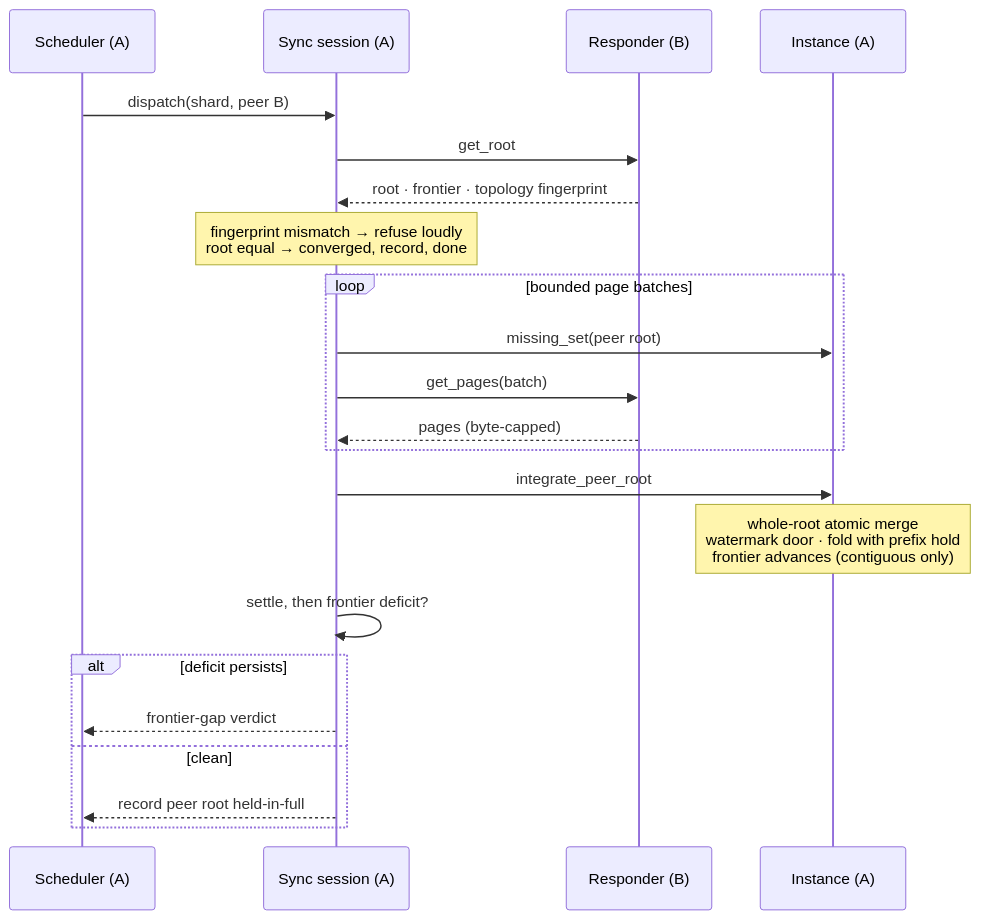
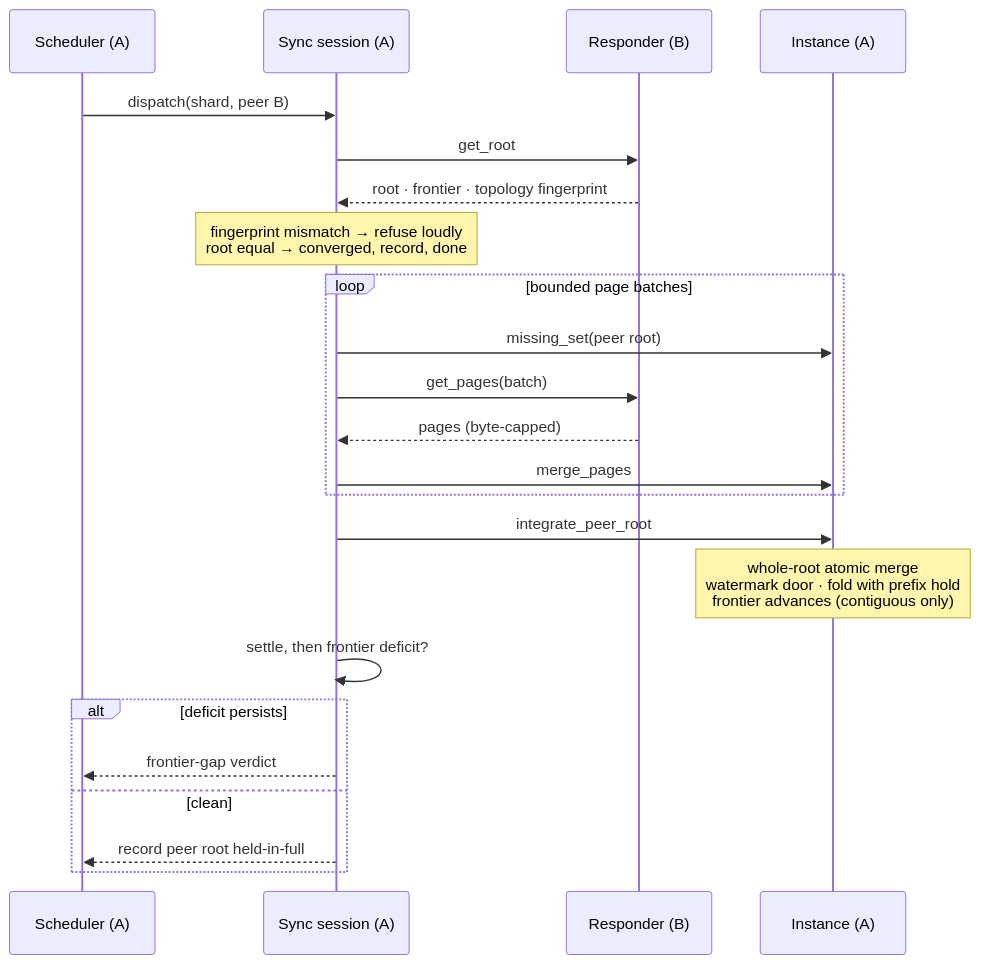
Before and after one commit to bondy-io/bondy: the diagram in doc/guides/architecture/db_view_replication.md, drawn with Mermaid. The commit also changed other lines of this file and 16 other files, not shown here.

````diff
--- a/doc/guides/architecture/db_view_replication.md
+++ b/doc/guides/architecture/db_view_replication.md
@@ -10,24 +10,25 @@
 ```mermaid
 sequenceDiagram
     participant SCH as Scheduler (A)
     participant SS as Sync session (A)
     participant RSP as Responder (B)
     participant INST as Instance (A)
     SCH->>SS: dispatch(shard, peer B)
     SS->>RSP: get_root
     RSP-->>SS: root · frontier · topology fingerprint
     Note over SS: fingerprint mismatch → refuse loudly<br/>root equal → converged, record, done
     loop bounded page batches
         SS->>INST: missing_set(peer root)
         SS->>RSP: get_pages(batch)
         RSP-->>SS: pages (byte-capped)
+        SS->>INST: merge_pages
     end
     SS->>INST: integrate_peer_root
     Note over INST: whole-root atomic merge<br/>watermark door · fold with prefix hold<br/>frontier advances (contiguous only)
     SS->>SS: settle, then frontier deficit?
     alt deficit persists
         SS-->>SCH: frontier-gap verdict
     else clean
         SS-->>SCH: record peer root held-in-full
     end
 ```
````
